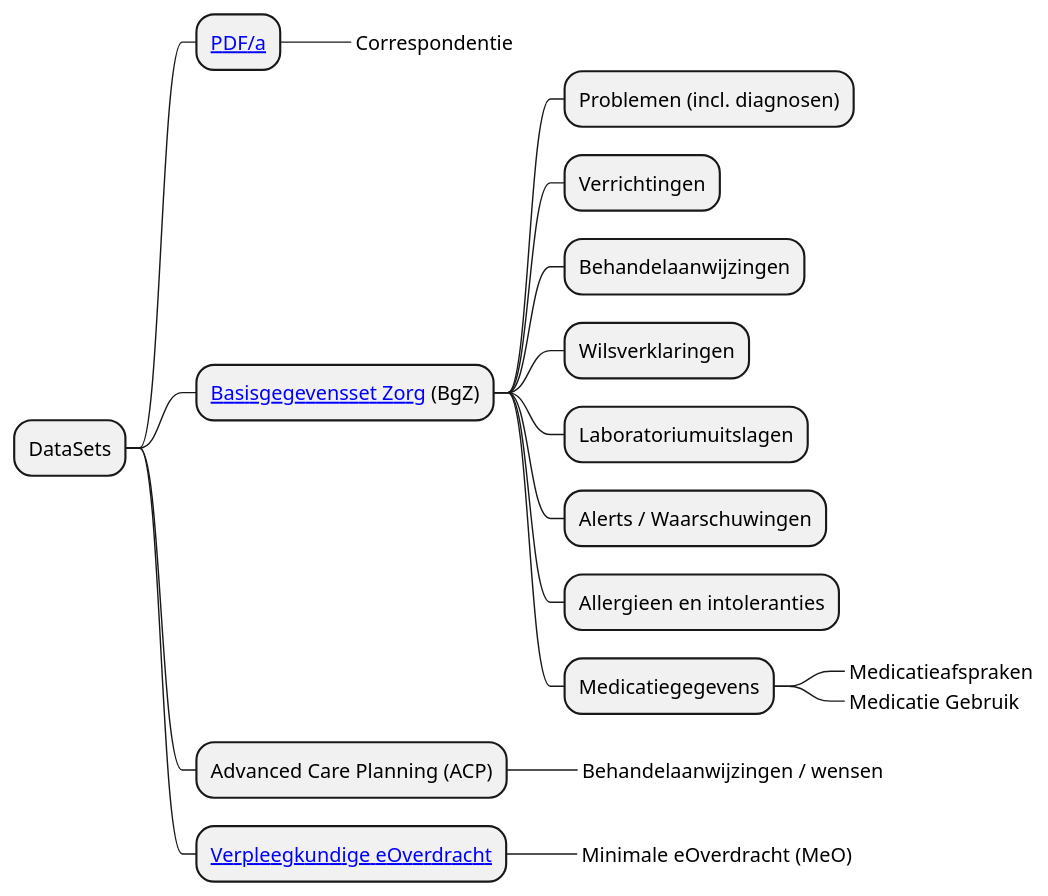
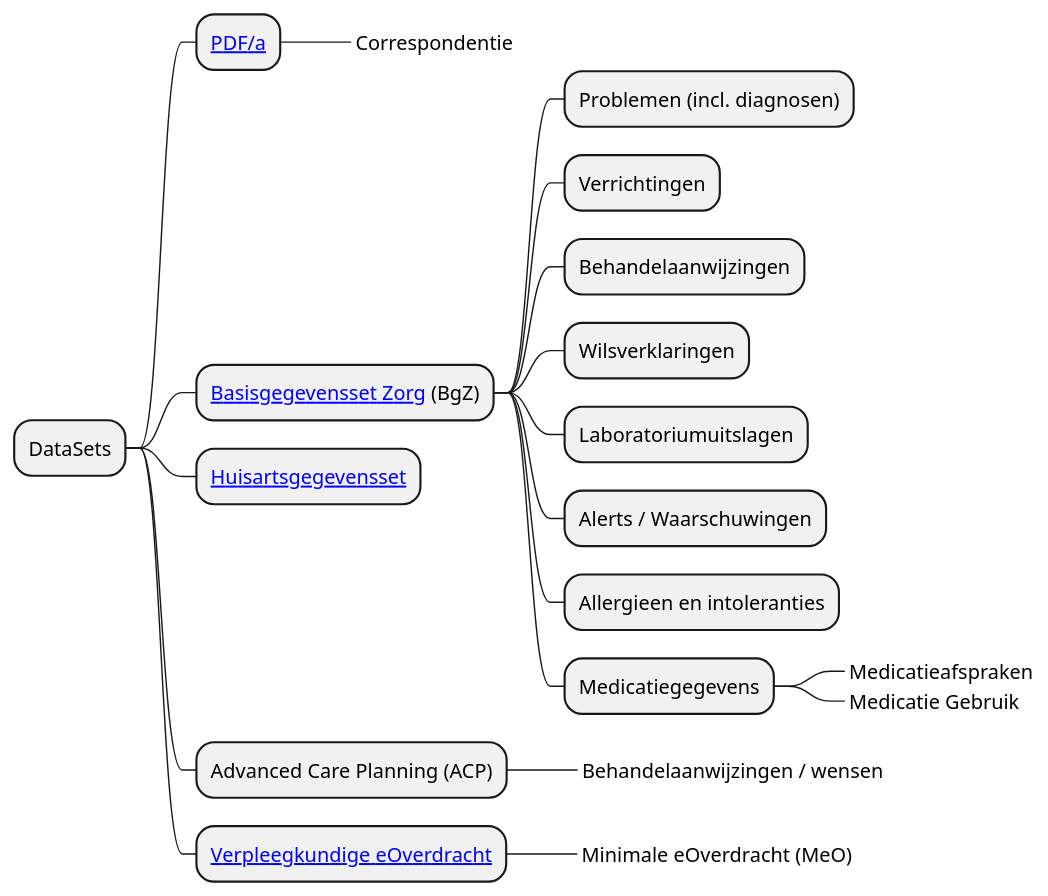
The diagram in input/images-source/DataSetsLM.plantuml (RIVO-Noord/zorgviewer-ig), drawn with PlantUML before and after one commit. The commit also changed 8 other files, not shown here.

```diff
--- a/input/images-source/DataSetsLM.plantuml
+++ b/input/images-source/DataSetsLM.plantuml
@@ -1,20 +1,21 @@
 @startmindmap
 * DataSets
 ** [[https://informatiestandaarden.nictiz.nl/wiki/MedMij:V2020.01/OntwerpPDFA PDF/a]]
 ***_ Correspondentie
 ** [[https://informatiestandaarden.nictiz.nl/wiki/MedMij:V2020.01/OntwerpBGZ_2017 Basisgegevensset Zorg]] (BgZ)
 *** Problemen (incl. diagnosen)
 *** Verrichtingen
 *** Behandelaanwijzingen
 *** Wilsverklaringen
 *** Laboratoriumuitslagen
 *** Alerts / Waarschuwingen
 *** Allergieen en intoleranties
 *** Medicatiegegevens
 ****_ Medicatieafspraken
 ****_ Medicatie Gebruik
+** [[https://informatiestandaarden.nictiz.nl/wiki/MedMij:V2020.01/FHIR_GP_Data Huisartsgegevensset]]
 ** Advanced Care Planning (ACP)
 ***_ Behandelaanwijzingen / wensen
 ** [[https://informatiestandaarden.nictiz.nl/wiki/Landingspagina_Verpleegkundige_Zorg Verpleegkundige eOverdracht]]
-***_ Minimale eOverdracht (MeO) 
+***_ Minimale eOverdracht (MeO)
 @endmindmap
```
